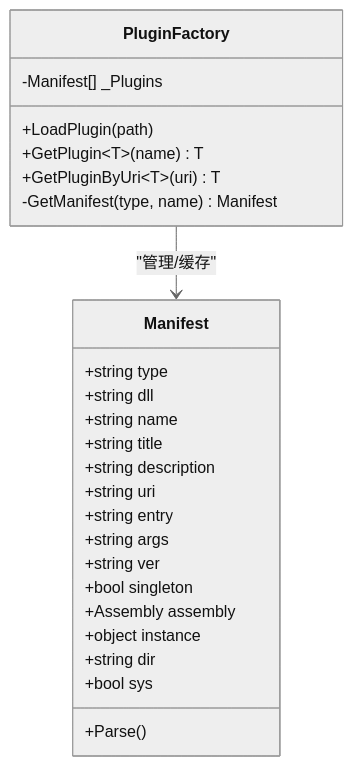
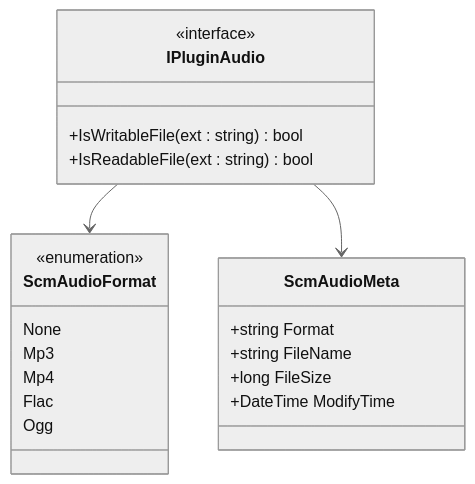
The third of 6 diagrams in .qoder/repowiki/zh/content/插件扩展系统/插件扩展系统.md (leadiot/Scm.Net), drawn with Mermaid (neutral theme) before and after one commit. The commit also changed other lines of this file and 126 other files, not shown here.

````diff
--- a/.qoder/repowiki/zh/content/插件扩展系统/插件扩展系统.md
+++ b/.qoder/repowiki/zh/content/插件扩展系统/插件扩展系统.md
@@ -176,28 +138,24 @@
 ```mermaid
 classDiagram
-class Manifest {
-+string type
-+string dll
-+string name
-+string title
-+string description
-+string uri
-+string entry
-+string args
-+string ver
-+bool singleton
-+Assembly assembly
-+object instance
-+string dir
-+bool sys
-+Parse()
+class IPluginAudio {
+<<interface>>
++IsWritableFile(ext : string) bool
++IsReadableFile(ext : string) bool
 }
-class PluginFactory {
--Manifest[] _Plugins
-+LoadPlugin(path)
-+GetPlugin~T~(name) T
-+GetPluginByUri~T~(uri) T
--GetManifest(type, name) Manifest
+class ScmAudioFormat {
+<<enumeration>>
+None
+Mp3
+Mp4
+Flac
+Ogg
 }
-PluginFactory --> Manifest : "管理/缓存"
+class ScmAudioMeta {
++string Format
++string FileName
++long FileSize
++DateTime ModifyTime
+}
+IPluginAudio --> ScmAudioFormat
+IPluginAudio --> ScmAudioMeta
 ```
````
